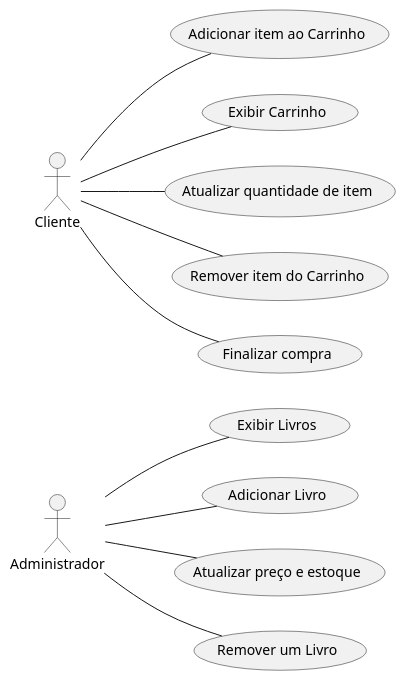
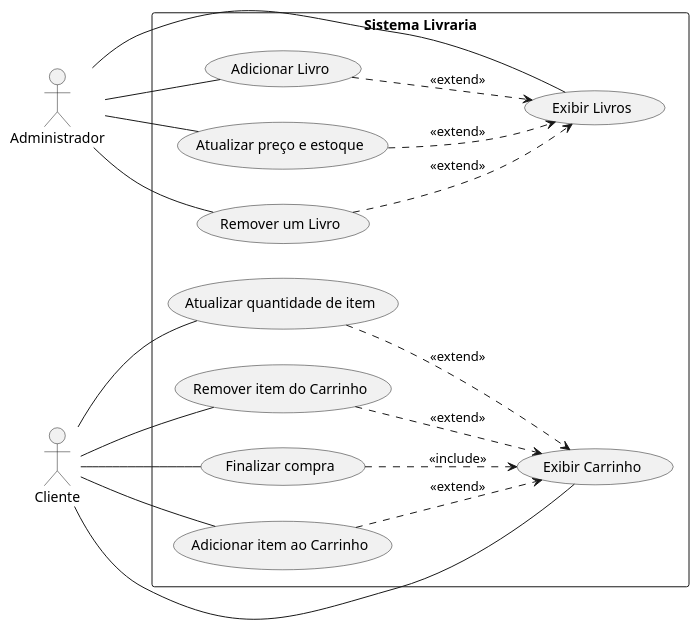
Before and after one commit to GamaRafa/Livraria: the diagram in diagrams/useCases.plantuml, drawn with PlantUML. The commit also changed other lines of this file, not shown here.

Commit message:
working on use cases diagram, need revision

```diff
--- a/diagrams/useCases.plantuml
+++ b/diagrams/useCases.plantuml
@@ -1,27 +1,40 @@
 @startuml useCases
 left to right direction
 
 actor Administrador
 actor Cliente
 
-(Exibir Livros) as getBooks
-(Adicionar Livro) as addLivro
-(Atualizar preço e estoque) as updateBook
-(Remover um Livro) as deleteBook
+rectangle "Sistema Livraria" {
+  (Exibir Livros) as getBooks
+  (Adicionar Livro) as addLivro
+  (Atualizar preço e estoque) as updateBook
+  (Remover um Livro) as deleteBook
 
-(Adicionar item ao Carrinho) as addToCart
-(Exibir Carrinho) as showCart
-(Atualizar quantidade de item) as updateItem
-(Remover item do Carrinho) as removeFromCart
-(Finalizar compra) as endPurchase
+  (Adicionar item ao Carrinho) as addToCart
+  (Exibir Carrinho) as showCart
+  (Atualizar quantidade de item) as updateItem
+  (Remover item do Carrinho) as removeFromCart
+  (Finalizar compra) as endPurchase
 
-Administrador -- addLivro
-Administrador -- updateBook
-Administrador -- deleteBook
-Administrador -- getBooks
-Cliente -- addToCart
-Cliente -- showCart
-Cliente -- updateItem
-Cliente -- removeFromCart
-Cliente -- endPurchase
+  Administrador -- addLivro
+  Administrador -- updateBook
+  Administrador -- deleteBook
+  Administrador -- getBooks
+
+
+  Cliente -- addToCart
+  Cliente -- showCart
+  Cliente -- updateItem
+  Cliente -- removeFromCart
+  Cliente -- endPurchase
+
+  endPurchase ..> showCart : <<include>>
+  addToCart ..> showCart : <<extend>>
+  updateItem ..> showCart : <<extend>>
+  removeFromCart ..> showCart : <<extend>>
+
+  addLivro ..> getBooks : <<extend>>
+  updateBook ..> getBooks : <<extend>>
+  deleteBook ..> getBooks : <<extend>>
+}
 @enduml
```
